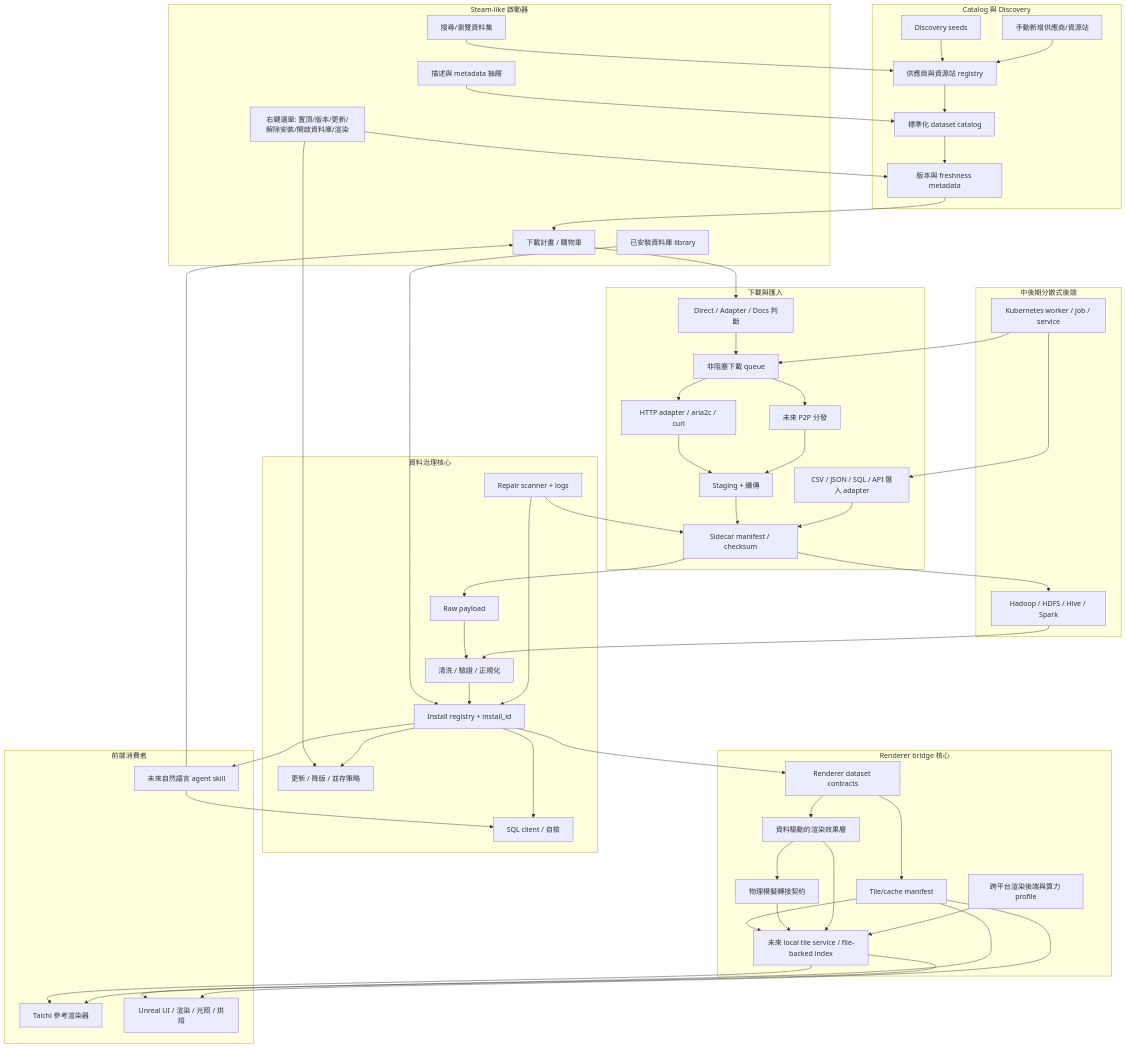
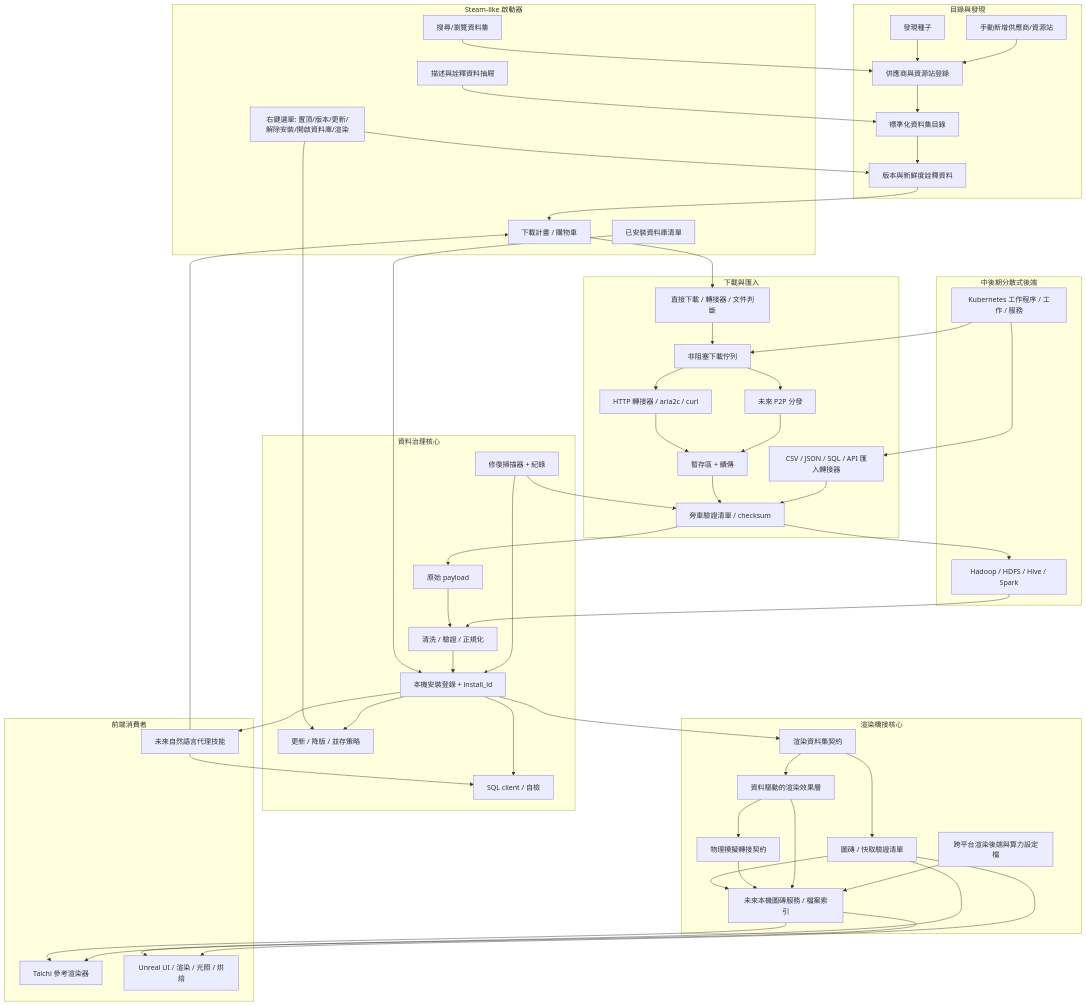
One commit to YanAnnLu/APIkeys_collection changed the third of 3 diagrams in docs/TECHNICAL_OVERVIEW.zh-TW.md. Above: the diagram before and after it, drawn with Mermaid. The commit also changed other lines of this file and 17 other files, not shown here.

```diff
--- a/docs/TECHNICAL_OVERVIEW.zh-TW.md
+++ b/docs/TECHNICAL_OVERVIEW.zh-TW.md
@@ -111,57 +111,57 @@
 flowchart TD
     subgraph UI[Steam-like 啟動器]
         Browse[搜尋/瀏覽資料集]
-        Detail[描述與 metadata 抽屜]
+        Detail[描述與詮釋資料抽屜]
         Cart[下載計畫 / 購物車]
-        Library[已安裝資料庫 library]
+        Library[已安裝資料庫清單]
         Menu[右鍵選單: 置頂/版本/更新/解除安裝/開啟資料庫/渲染]
     end
 
-    subgraph Catalog[Catalog 與 Discovery]
-        Seeds[Discovery seeds]
+    subgraph Catalog[目錄與發現]
+        Seeds[發現種子]
         Manual[手動新增供應商/資源站]
-        Providers[供應商與資源站 registry]
-        Datasets[標準化 dataset catalog]
-        Versions[版本與 freshness metadata]
+        Providers[供應商與資源站登錄]
+        Datasets[標準化資料集目錄]
+        Versions[版本與新鮮度詮釋資料]
     end
 
     subgraph Download[下載與匯入]
-        Eligibility[Direct / Adapter / Docs 判斷]
-        Queue[非阻塞下載 queue]
-        Transfer[HTTP adapter / aria2c / curl]
+        Eligibility[直接下載 / 轉接器 / 文件判斷]
+        Queue[非阻塞下載佇列]
+        Transfer[HTTP 轉接器 / aria2c / curl]
         P2P[未來 P2P 分發]
-        Staging[Staging + 續傳]
-        Manifest[Sidecar manifest / checksum]
-        Import[CSV / JSON / SQL / API 匯入 adapter]
+        Staging[暫存區 + 續傳]
+        Manifest[旁車驗證清單 / checksum]
+        Import[CSV / JSON / SQL / API 匯入轉接器]
     end
 
     subgraph Distributed[中後期分散式後端]
         Hadoop[Hadoop / HDFS / Hive / Spark]
-        K8S[Kubernetes worker / job / service]
+        K8S[Kubernetes 工作程序 / 工作 / 服務]
     end
 
     subgraph Governance[資料治理核心]
-        Raw[Raw payload]
+        Raw[原始 payload]
         Clean[清洗 / 驗證 / 正規化]
-        Install[Install registry + install_id]
-        Repair[Repair scanner + logs]
+        Install[本機安裝登錄 + install_id]
+        Repair[修復掃描器 + 紀錄]
         SQL[SQL client / 自檢]
         Update[更新 / 降版 / 並存策略]
     end
 
-    subgraph Renderer[Renderer bridge 核心]
-        Contracts[Renderer dataset contracts]
-        Tiles[Tile/cache manifest]
-        Budget[跨平台渲染後端與算力 profile]
+    subgraph Renderer[渲染橋接核心]
+        Contracts[渲染資料集契約]
+        Tiles[圖磚 / 快取驗證清單]
+        Budget[跨平台渲染後端與算力設定檔]
         Effects[資料驅動的渲染效果層]
         SimBridge[物理模擬轉接契約]
-        Service[未來 local tile service / file-backed index]
+        Service[未來本機圖磚服務 / 檔案索引]
     end
 
     subgraph Frontend[前端消費者]
         Taichi[Taichi 參考渲染器]
         Unreal[Unreal UI / 渲染 / 光照 / 烘焙]
-        Agent[未來自然語言 agent skill]
+        Agent[未來自然語言代理技能]
     end
 
     Browse --> Providers
```
